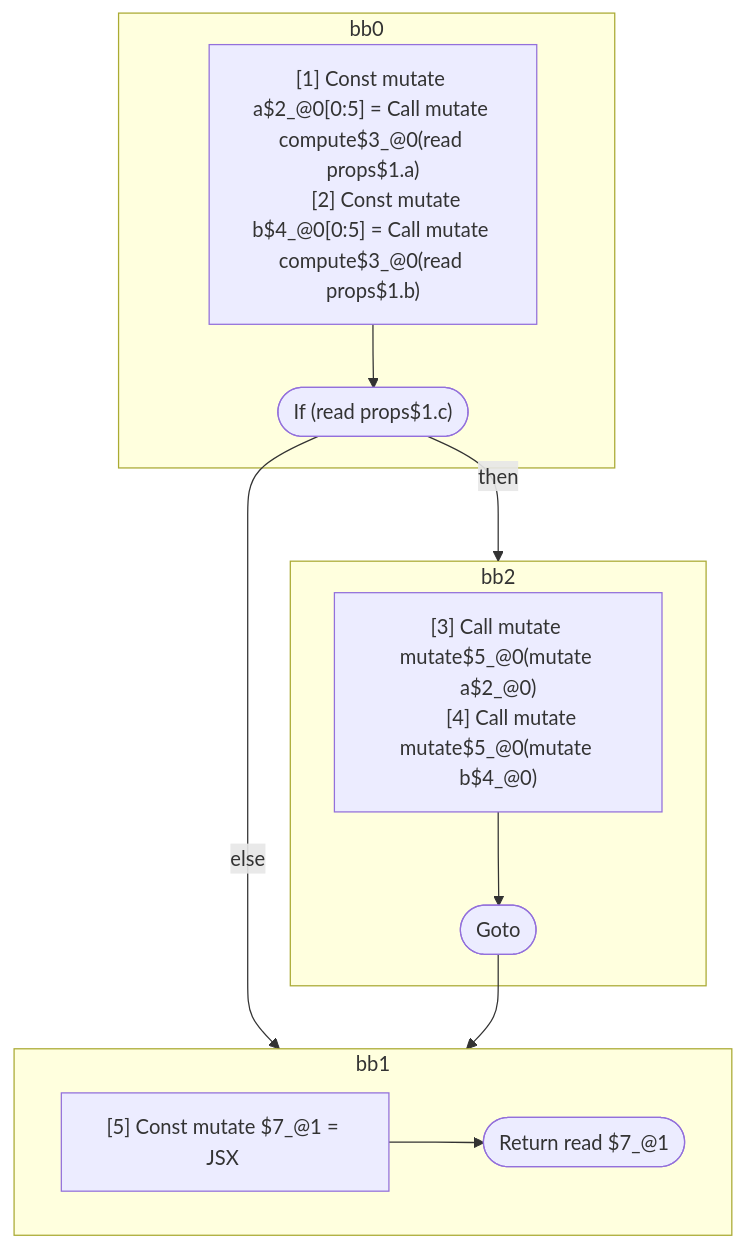
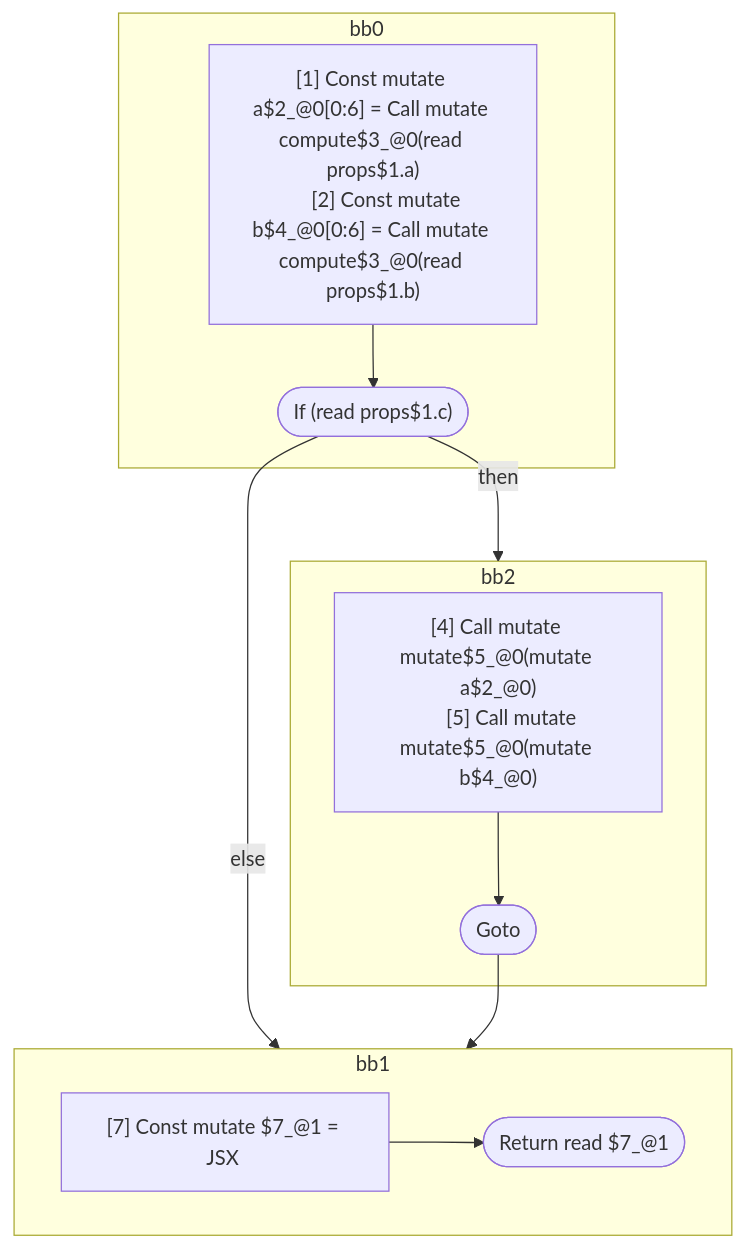
The fifth of 5 diagrams in compiler/forget/src/__tests__/fixtures/hir/independent-across-if.expect.md (wutsmog/private), drawn with Mermaid before and after one commit. The commit also changed other lines of this file and 61 other files, not shown here.

````diff
--- a/compiler/forget/src/__tests__/fixtures/hir/independent-across-if.expect.md
+++ b/compiler/forget/src/__tests__/fixtures/hir/independent-across-if.expect.md
@@ -168,30 +168,30 @@
 ```mermaid
 flowchart TB
   %% Basic Blocks
   subgraph bb0
     bb0_instrs["
-      [1] Const mutate a$2_@0[0:5] = Call mutate compute$3_@0(read props$1.a)
-      [2] Const mutate b$4_@0[0:5] = Call mutate compute$3_@0(read props$1.b)
+      [1] Const mutate a$2_@0[0:6] = Call mutate compute$3_@0(read props$1.a)
+      [2] Const mutate b$4_@0[0:6] = Call mutate compute$3_@0(read props$1.b)
     "]
     bb0_instrs --> bb0_terminal(["If (read props$1.c)"])
   end
   subgraph bb2
     bb2_instrs["
-      [3] Call mutate mutate$5_@0(mutate a$2_@0)
-      [4] Call mutate mutate$5_@0(mutate b$4_@0)
+      [4] Call mutate mutate$5_@0(mutate a$2_@0)
+      [5] Call mutate mutate$5_@0(mutate b$4_@0)
     "]
     bb2_instrs --> bb2_terminal(["Goto"])
   end
   subgraph bb1
     bb1_instrs["
-      [5] Const mutate $7_@1 = JSX <read Foo$6 a={freeze a$2_@0} b={freeze b$4_@0} ></read Foo$6>
+      [7] Const mutate $7_@1 = JSX <read Foo$6 a={freeze a$2_@0} b={freeze b$4_@0} ></read Foo$6>
     "]
     bb1_instrs --> bb1_terminal(["Return read $7_@1"])
   end
 
   %% Jumps
   bb0_terminal -- "then" --> bb2
   bb0_terminal -- "else" --> bb1
   bb2_terminal --> bb1
 
 ```
````
